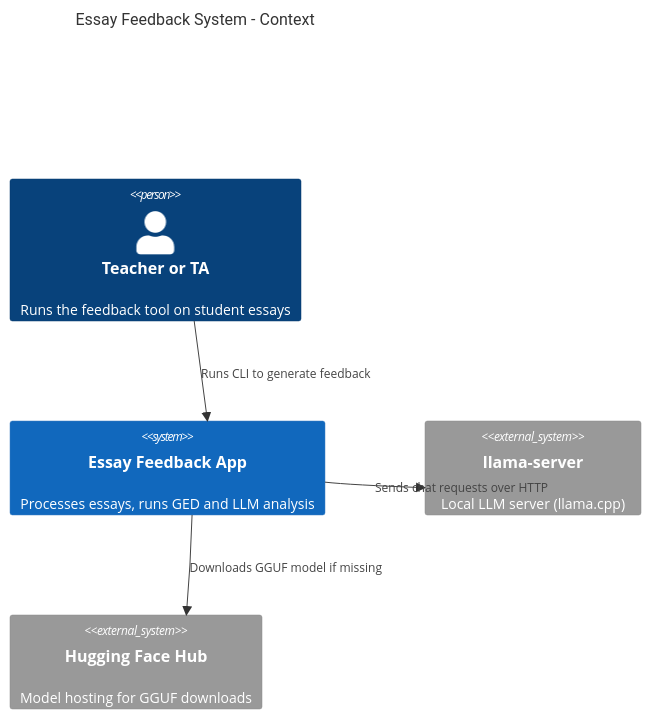
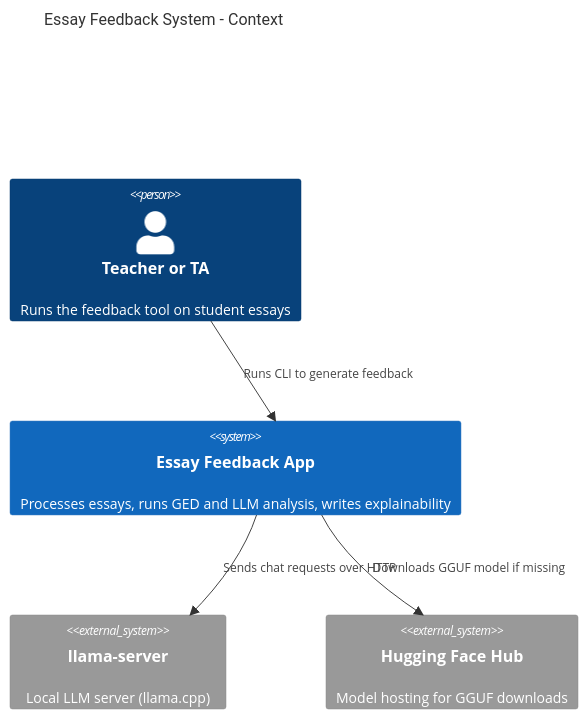
One commit to TekneGram/AgentFeedback changed the diagram in architecture/01-context.md. Above: the diagram before and after it, drawn with Mermaid. The commit also changed 12 other files, not shown here.

Commit message:
feat: add explainability logging to track feedback process

````diff
--- a/architecture/01-context.md
+++ b/architecture/01-context.md
@@ -3,15 +3,15 @@
 ```mermaid
 C4Context
     title Essay Feedback System - Context
 
     Person(user, "Teacher or TA", "Runs the feedback tool on student essays")
 
-    System(app, "Essay Feedback App", "Processes essays, runs GED and LLM analysis")
+    System(app, "Essay Feedback App", "Processes essays, runs GED and LLM analysis, writes explainability")
 
     System_Ext(llama, "llama-server", "Local LLM server (llama.cpp)")
     System_Ext(hf, "Hugging Face Hub", "Model hosting for GGUF downloads")
 
     Rel(user, app, "Runs CLI to generate feedback")
     Rel(app, llama, "Sends chat requests over HTTP")
     Rel(app, hf, "Downloads GGUF model if missing")
 ```
````
